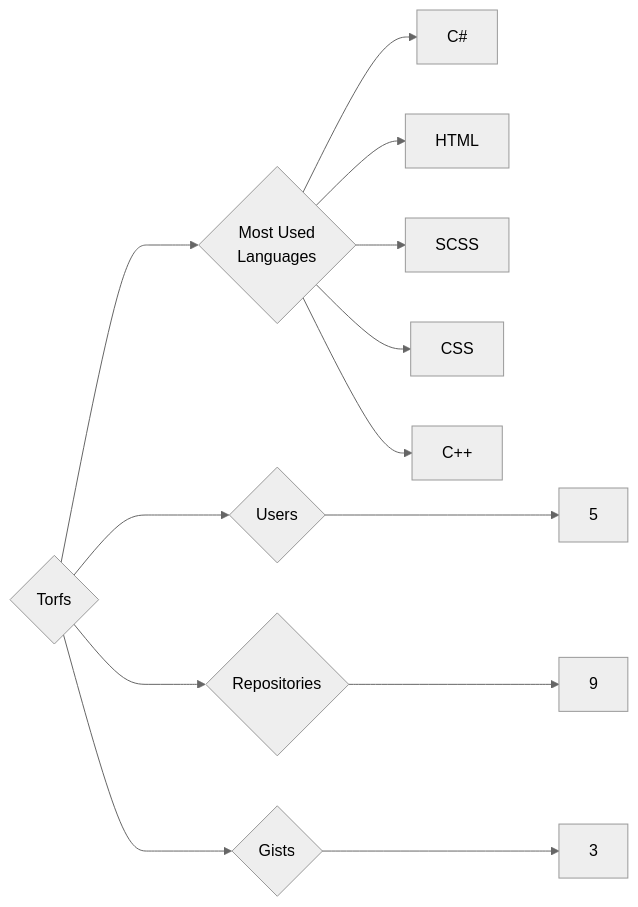
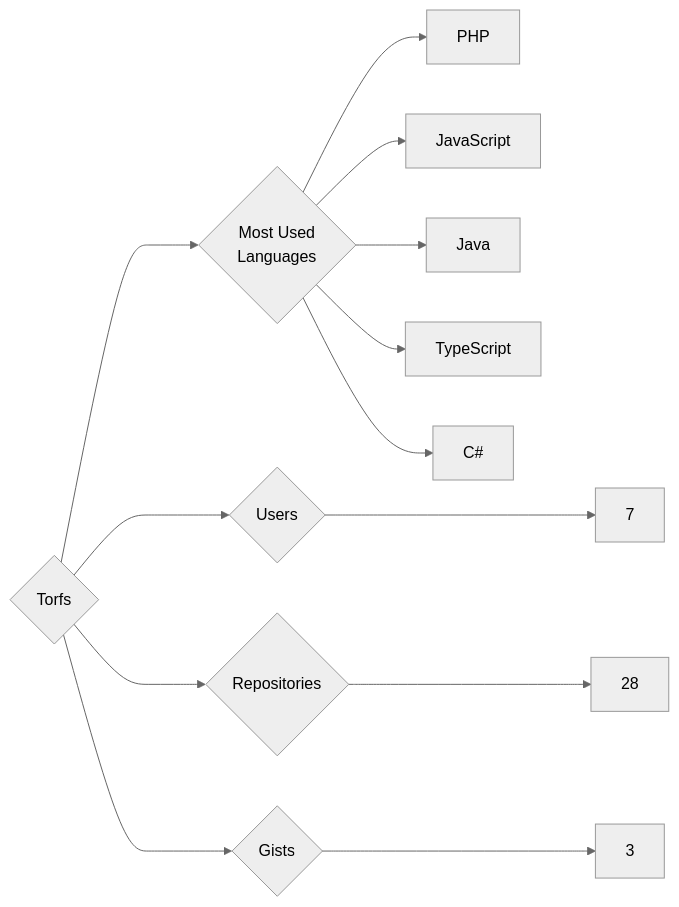
The diagram in targets/Torfs/README.md (trickest/insiders), drawn with Mermaid (neutral theme) before and after one commit. The commit also changed 770 other files, not shown here.

````diff
--- a/targets/Torfs/README.md
+++ b/targets/Torfs/README.md
@@ -3,13 +3,13 @@
 ```mermaid
 graph LR
 COMPANY_NAME{Torfs}
-COMPANY_NAME ---> U{Users} ---> UN[5]
-COMPANY_NAME ---> R{Repositories} ---> RN[9]
+COMPANY_NAME ---> U{Users} ---> UN[7]
+COMPANY_NAME ---> R{Repositories} ---> RN[28]
 COMPANY_NAME ---> G{Gists} ---> GN[3]
 COMPANY_NAME ---> ML{Most Used<br>Languages}
+ML --> PHP[PHP]
+ML --> JavaScript[JavaScript]
+ML --> Java[Java]
+ML --> TypeScript[TypeScript]
 ML --> C#[C#]
-ML --> HTML[HTML]
-ML --> SCSS[SCSS]
-ML --> CSS[CSS]
-ML --> C++[C++]
 ```
````
